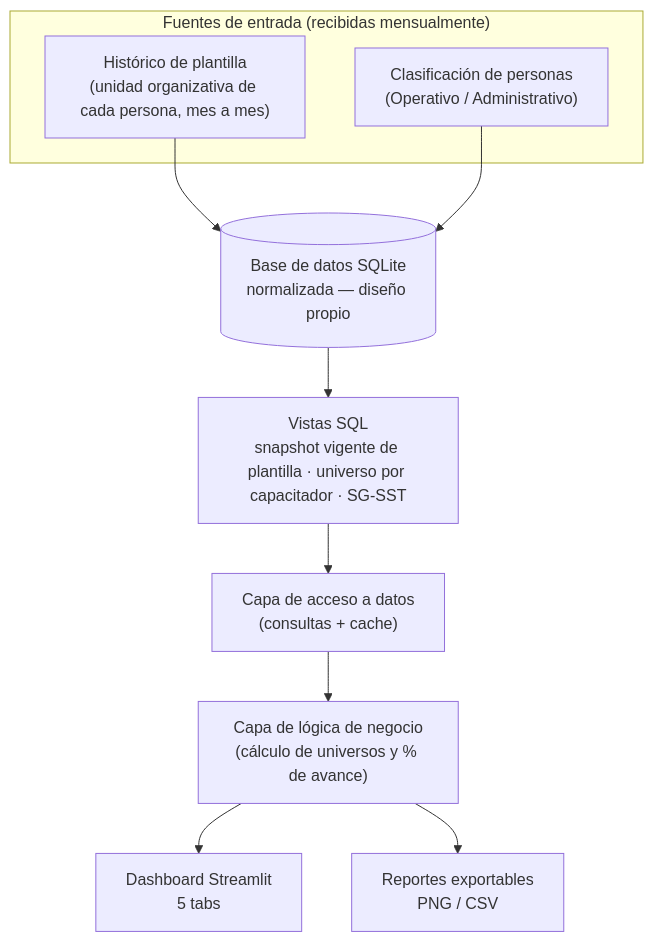
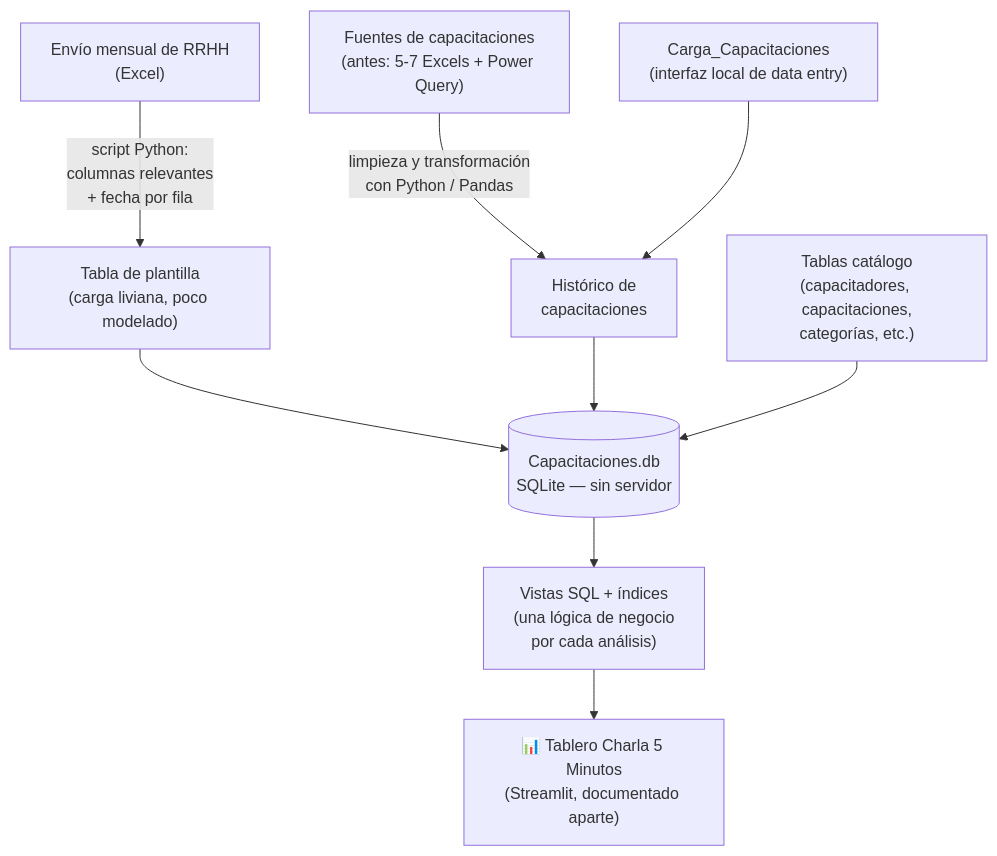
One commit to jminolli-e/case-studies changed the second of 3 diagrams in charla-5-min/README.md. Above: the diagram before and after it, drawn with Mermaid. The commit also changed other lines of this file, not shown here.

````diff
--- a/charla-5-min/README.md
+++ b/charla-5-min/README.md
@@ -66,14 +80,13 @@
 ```mermaid
 flowchart TB
-    subgraph Entrada["Fuentes de entrada (recibidas mensualmente)"]
-        A1["Histórico de plantilla<br/>(unidad organizativa de cada persona, mes a mes)"]
-        A2["Clasificación de personas<br/>(Operativo / Administrativo)"]
-    end
-    A1 --> DB[("Base de datos SQLite<br/>normalizada — diseño propio")]
-    A2 --> DB
-    DB --> V["Vistas SQL<br/>snapshot vigente de plantilla · universo por capacitador · SG-SST"]
-    V --> L["Capa de acceso a datos<br/>(consultas + cache)"]
-    L --> N["Capa de lógica de negocio<br/>(cálculo de universos y % de avance)"]
-    N --> UI["Dashboard Streamlit<br/>5 tabs"]
-    N --> R["Reportes exportables<br/>PNG / CSV"]
+    RRHH["Envío mensual de RRHH<br/>(Excel)"] -->|"script Python:<br/>columnas relevantes<br/>+ fecha por fila"| PLANT["Tabla de plantilla<br/>(carga liviana, poco modelado)"]
+    ORIG["Fuentes de capacitaciones<br/>(antes: 5-7 Excels + Power Query)"] -->|"limpieza y transformación<br/>con Python / Pandas"| HIST["Histórico de<br/>capacitaciones"]
+    CARGA["Carga_Capacitaciones<br/>(interfaz local de data entry)"] --> HIST
+
+    PLANT --> DB[("Capacitaciones.db<br/>SQLite — sin servidor")]
+    HIST --> DB
+    CAT["Tablas catálogo<br/>(capacitadores, capacitaciones,<br/>categorías, etc.)"] --> DB
+
+    DB --> V["Vistas SQL + índices<br/>(una lógica de negocio<br/>por cada análisis)"]
+    V --> DASH["📊 Tablero Charla 5 Minutos<br/>(Streamlit, documentado aparte)"]
 ```
````
